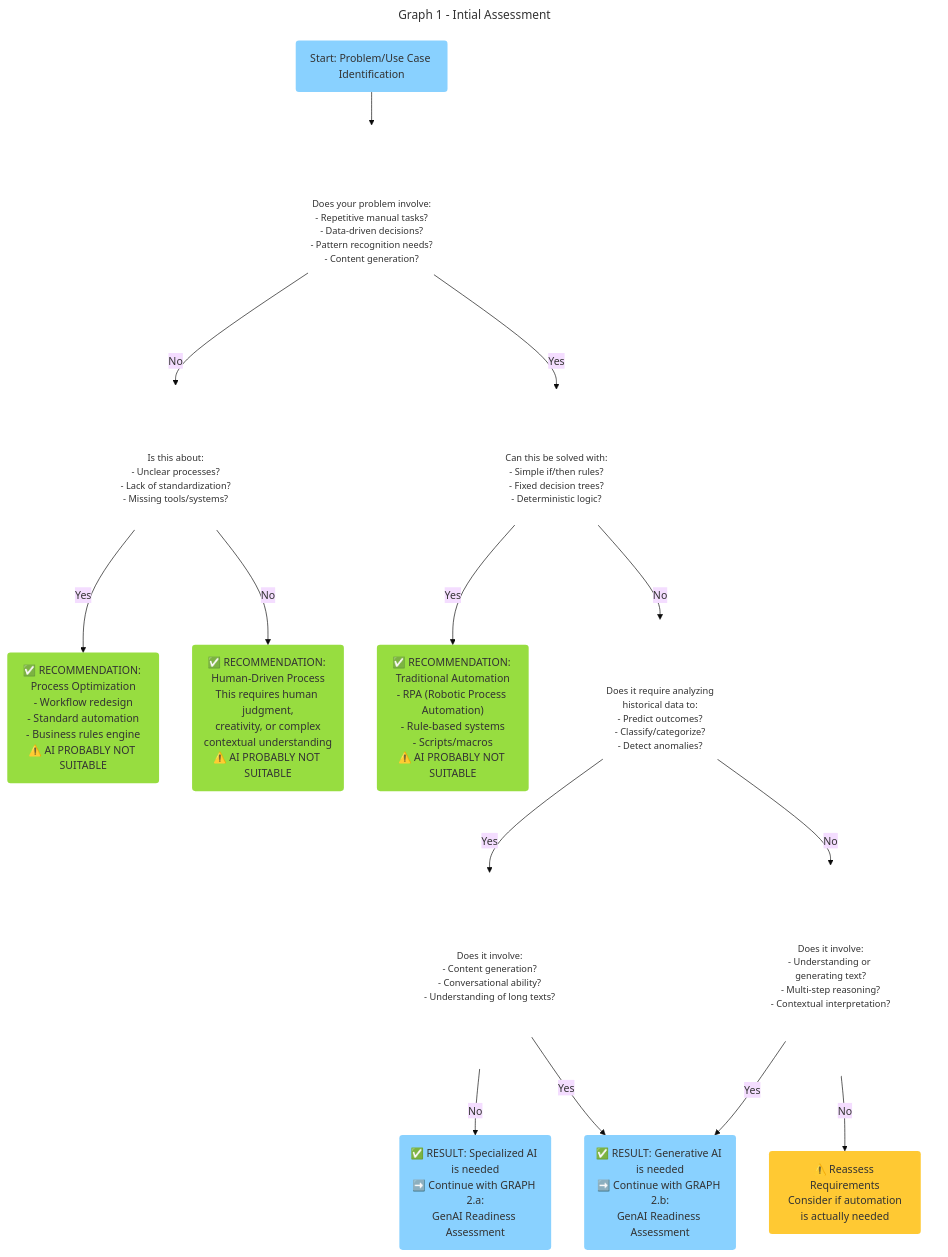
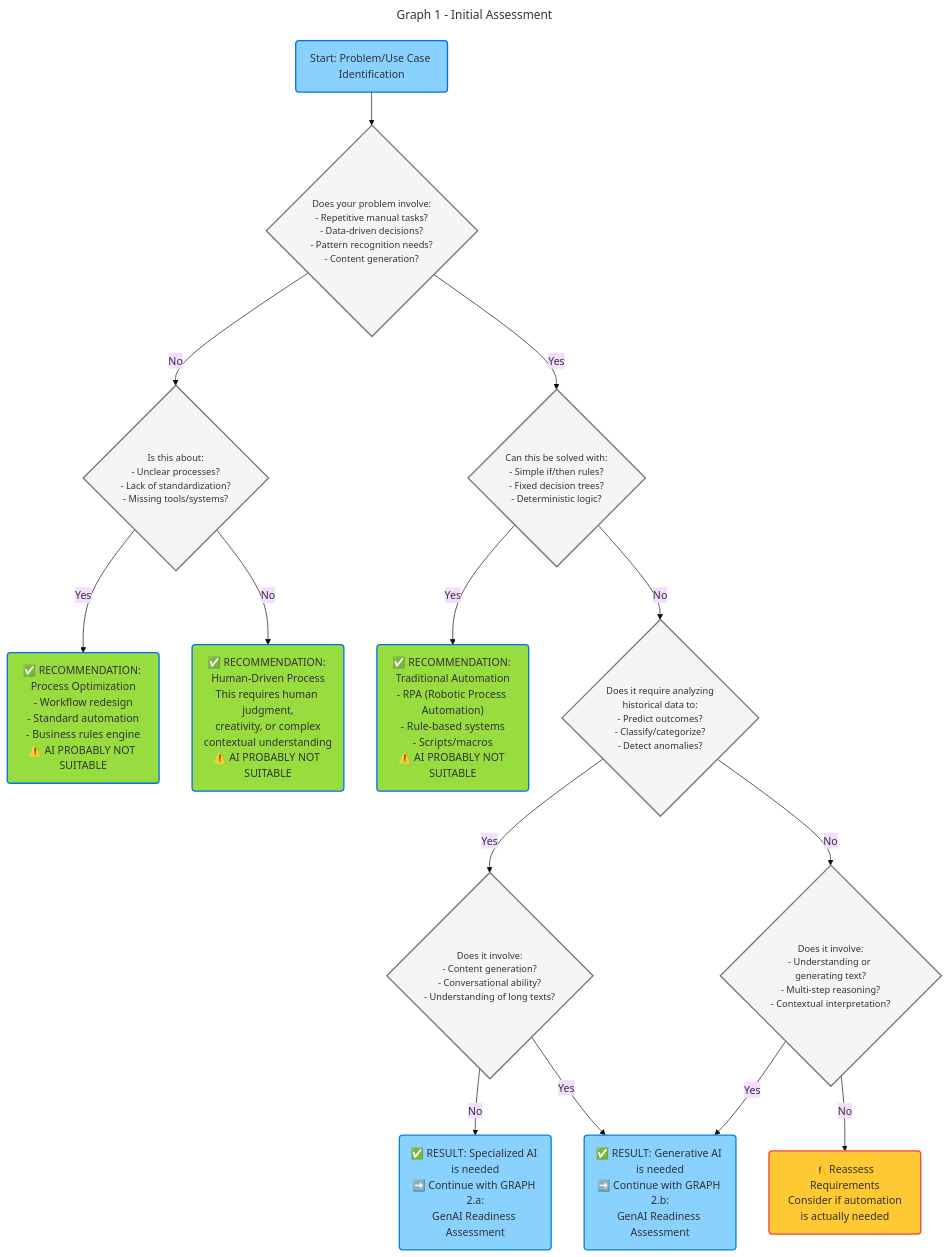
The first of 5 diagrams in docs/golden-path/ai-golden-path/1-technology-overview/readme.md (SAP/architecture-center), drawn with Mermaid (base theme) before and after one commit. The commit also changed other lines of this file and 2 other files, not shown here.

Commit message:
mermaid improvements for dark and light themes

````diff
--- a/docs/golden-path/ai-golden-path/1-technology-overview/readme.md
+++ b/docs/golden-path/ai-golden-path/1-technology-overview/readme.md
@@ -177,56 +177,56 @@
 ```mermaid
 ---
-title: Graph 1 - Intial Assessment
+title: Graph 1 - Initial Assessment
 ---
 flowchart TD
     Start("Start: Problem/Use Case Identification")
 
     %% Initial Assessment Questions
     Start --> Q1{"Does your problem involve:<br>- Repetitive manual tasks?<br>- Data-driven decisions?<br>- Pattern recognition needs?<br>- Content generation?"}
 
     Q1 -->|No|Q2{"Is this about:<br>- Unclear processes?<br>- Lack of standardization?<br>- Missing tools/systems?"}
 
     Q2 -->|Yes|R1
     Q2 -->|No|R2
 
     Q1 -->|Yes|Q3{"Can this be solved with:<br>- Simple if/then rules?<br>- Fixed decision trees?<br>- Deterministic logic?"}
 
     Q3 -->|Yes|R3
     Q3 -->|No|Q4{"Does it require analyzing<br>historical data to:<br>- Predict outcomes?<br>- Classify/categorize?<br>- Detect anomalies?"}
 
     Q4 -->|Yes|Q5{"Does it involve:<br>- Content generation?<br>- Conversational ability?<br>- Understanding of long texts?<br>"}
 
     Q5 -->|No|R4
     Q4 -->|No|Q6{"Does it involve:<br>- Understanding or generating text?<br>- Multi-step reasoning?<br>- Contextual interpretation?"}
 
     Q5 -->|Yes|R5
     Q6 -->|Yes|R5
     Q6 -->|No|R6
 
     %% Results at bottom
     R1("✅ RECOMMENDATION: Process Optimization<br>- Workflow redesign<br>- Standard automation<br>- Business rules engine<br>⚠️ AI PROBABLY NOT SUITABLE")
 
     R2("✅ RECOMMENDATION: Human-Driven Process<br>This requires human judgment,<br>creativity, or complex<br>contextual understanding<br>⚠️ AI PROBABLY NOT SUITABLE")
 
     R3("✅ RECOMMENDATION: Traditional Automation<br>- RPA (Robotic Process Automation)<br>- Rule-based systems<br>- Scripts/macros<br>⚠️ AI PROBABLY NOT SUITABLE")
 
     R4("✅ RESULT: Specialized AI is needed<br>➡️ Continue with GRAPH 2.a:<br>GenAI Readiness Assessment")
 
     R5("✅ RESULT: Generative AI is needed<br>➡️ Continue with GRAPH 2.b:<br>GenAI Readiness Assessment")
 
     R6("⚠️️ Reassess Requirements<br>Consider if automation<br>is actually needed")
 
     %% Styling
-    classDef decision fill:#FFF,stroke:#757575,stroke-width:0px,font-size:14
-    classDef warning fill:#FFC933,stroke:#f44336,stroke-width:0px
-    classDef indicator fill:#B894FF,stroke:#d84315,stroke-width:0px,stroke-dasharray: 3 3
-    classDef continueNext fill:#89D1FF,stroke:#0288d1,stroke-width:0px
-    classDef startNode fill:#89D1FF,stroke:#0070F2,stroke-width:0px
-    classDef recommendation fill:#97DD40,stroke:#0070F2,stroke-width:0px
+    classDef decision fill:#f5f5f5,stroke:#757575,stroke-width:2px,font-size:14
+    classDef warning fill:#FFC933,stroke:#f44336,stroke-width:2px
+    classDef indicator fill:#B894FF,stroke:#d84315,stroke-width:2px,stroke-dasharray: 3 3
+    classDef continueNext fill:#89D1FF,stroke:#0288d1,stroke-width:2px
+    classDef startNode fill:#89D1FF,stroke:#0070F2,stroke-width:2px
+    classDef recommendation fill:#97DD40,stroke:#0070F2,stroke-width:2px
 
     class Start startNode
     class R1,R2,R3 recommendation
     class R4,R5 continueNext
     class R6 warning
     class Q1,Q2,Q3,Q4,Q5,Q6 decision
 ```
````
